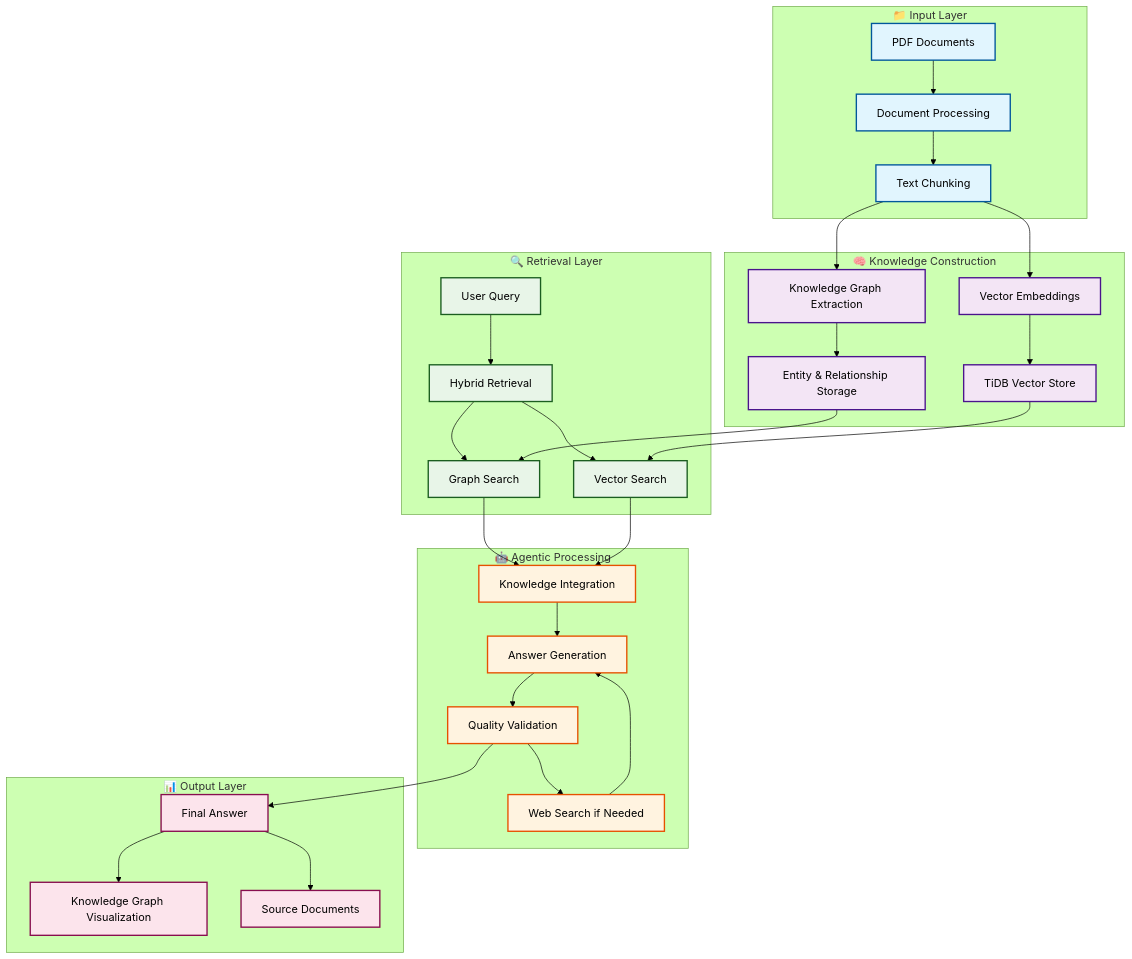
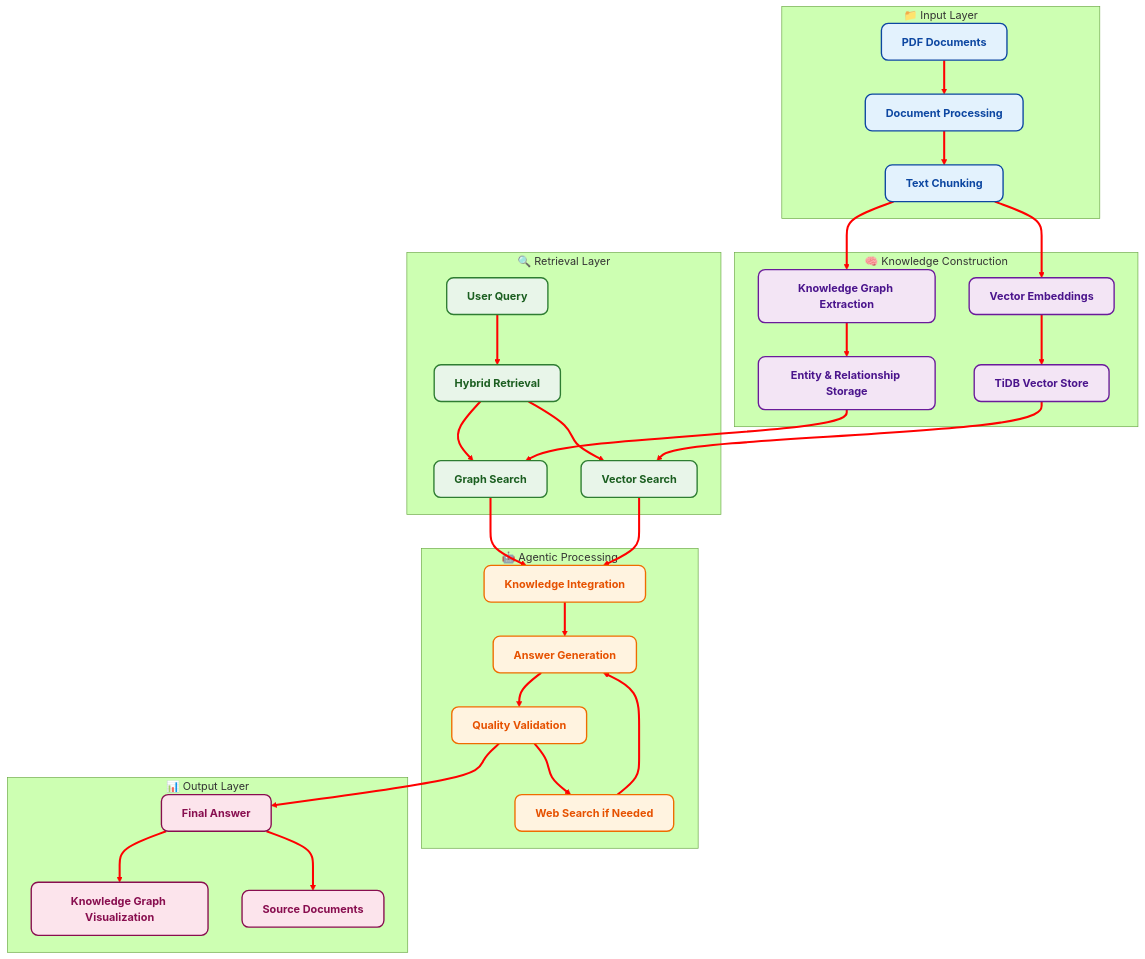
The first of 3 diagrams in README.md (aniketmishr/knexion), drawn with Mermaid (forest theme) before and after one commit.

Commit message:
Enhance system architecture diagram in README
Updated system architecture diagram with improved node styling and structure.

````diff
--- a/README.md
+++ b/README.md
@@ -57,49 +57,60 @@
 ```mermaid
 graph TB
-    subgraph "📁 Input Layer"
+    %% Input Layer
+    subgraph InputLayer["📁 Input Layer"]
         A[PDF Documents] --> B[Document Processing]
         B --> C[Text Chunking]
     end
     
-    subgraph "🧠 Knowledge Construction"
+    %% Knowledge Construction
+    subgraph KnowledgeLayer["🧠 Knowledge Construction"]
         C --> D[Knowledge Graph Extraction]
         C --> E[Vector Embeddings]
         D --> F[Entity & Relationship Storage]
         E --> G[TiDB Vector Store]
     end
     
-    subgraph "🔍 Retrieval Layer"
+    %% Retrieval Layer
+    subgraph RetrievalLayer["🔍 Retrieval Layer"]
         H[User Query] --> I[Hybrid Retrieval]
         I --> J[Graph Search]
         I --> K[Vector Search]
         F --> J
         G --> K
     end
     
-    subgraph "🤖 Agentic Processing"
+    %% Agentic Processing
+    subgraph AgentLayer["🤖 Agentic Processing"]
         L[Knowledge Integration] --> M[Answer Generation]
         M --> N[Quality Validation]
         N --> O[Web Search if Needed]
         O --> M
         J --> L
         K --> L
     end
     
-    subgraph "📊 Output Layer"
+    %% Output Layer
+    subgraph OutputLayer["📊 Output Layer"]
         N --> P[Final Answer]
         P --> Q[Knowledge Graph Visualization]
         P --> R[Source Documents]
     end
 
-    classDef input fill:#e1f5fe,stroke:#01579b,stroke-width:2px
-    classDef knowledge fill:#f3e5f5,stroke:#4a148c,stroke-width:2px
-    classDef retrieval fill:#e8f5e8,stroke:#1b5e20,stroke-width:2px
-    classDef agent fill:#fff3e0,stroke:#e65100,stroke-width:2px
-    classDef output fill:#fce4ec,stroke:#880e4f,stroke-width:2px
+    %% Node Styling
+    classDef input fill:#E3F2FD,stroke:#0D47A1,stroke-width:2px,rx:10,ry:10,font-weight:bold,color:#0D47A1,font-size:16px
+    classDef knowledge fill:#F3E5F5,stroke:#6A1B9A,stroke-width:2px,rx:10,ry:10,font-weight:bold,color:#4A148C,font-size:16px
+    classDef retrieval fill:#E8F5E9,stroke:#2E7D32,stroke-width:2px,rx:10,ry:10,font-weight:bold,color:#1B5E20,font-size:16px
+    classDef agent fill:#FFF3E0,stroke:#EF6C00,stroke-width:2px,rx:10,ry:10,font-weight:bold,color:#E65100,font-size:16px
+    classDef output fill:#FCE4EC,stroke:#880E4F,stroke-width:2px,rx:10,ry:10,font-weight:bold,color:#880E4F,font-size:16px
 
+    %% Apply classes
     class A,B,C input
     class D,E,F,G knowledge
     class H,I,J,K retrieval
     class L,M,N,O agent
     class P,Q,R output
+
+    %% Style arrows
+    linkStyle default stroke:#FF0000,stroke-width:3px
+
 ```
````
